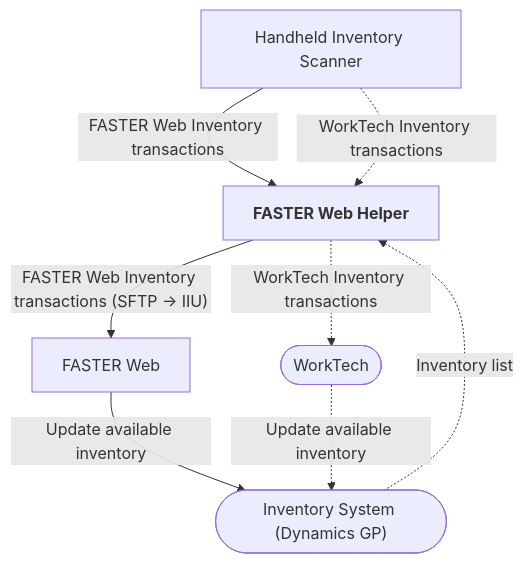
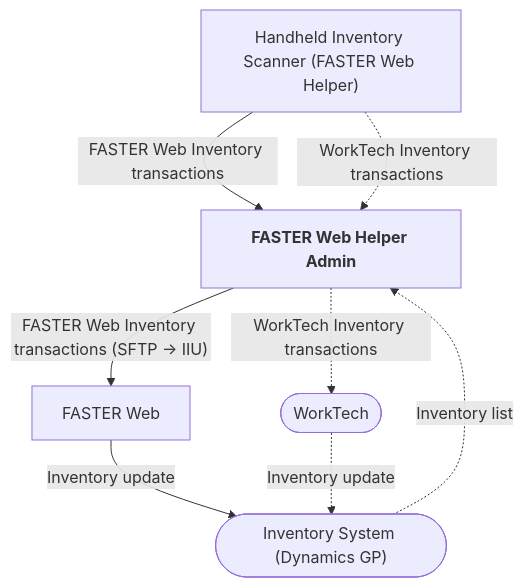
The diagram in modules/inventoryScanner/README.md (cityssm/faster-web-helper), drawn with Mermaid before and after one commit.

Commit message:
update flowchart

````diff
--- a/modules/inventoryScanner/README.md
+++ b/modules/inventoryScanner/README.md
@@ -29,19 +29,19 @@
 ```mermaid
 flowchart
-    scanner["Handheld Inventory Scanner"]
-    helper["`**FASTER Web Helper**`"]
+    scanner["Handheld Inventory Scanner (FASTER Web Helper)"]
+    helper["`**FASTER Web Helper Admin**`"]
     inventory(["Inventory System (Dynamics GP)"])
     faster["FASTER Web"]
     worktech([WorkTech])
 
     scanner-->|FASTER Web Inventory transactions|helper
     scanner-.->|WorkTech Inventory transactions|helper
 
     inventory-.->|Inventory list|helper
 
     helper-->|"FASTER Web Inventory transactions (SFTP -> IIU)"|faster
     helper-.->|WorkTech Inventory transactions|worktech
 
-    faster-->|Update available inventory|inventory
-    worktech-.->|Update available inventory|inventory
+    faster-->|Inventory update|inventory
+    worktech-.->|Inventory update|inventory
 ```
````
